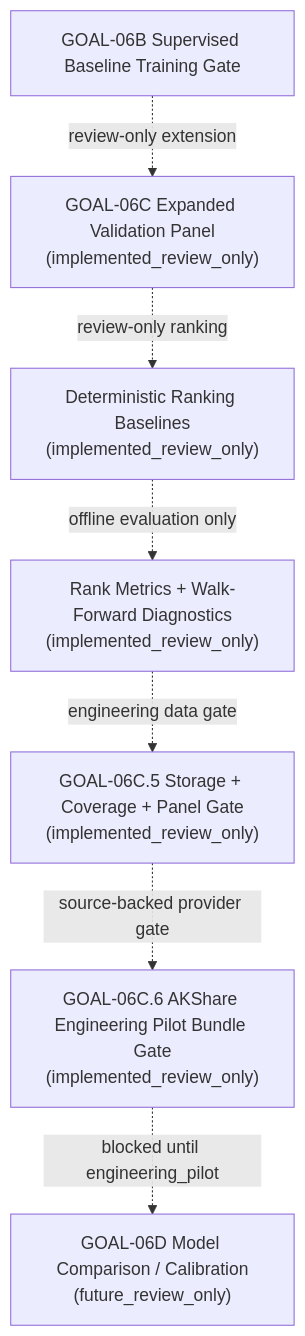
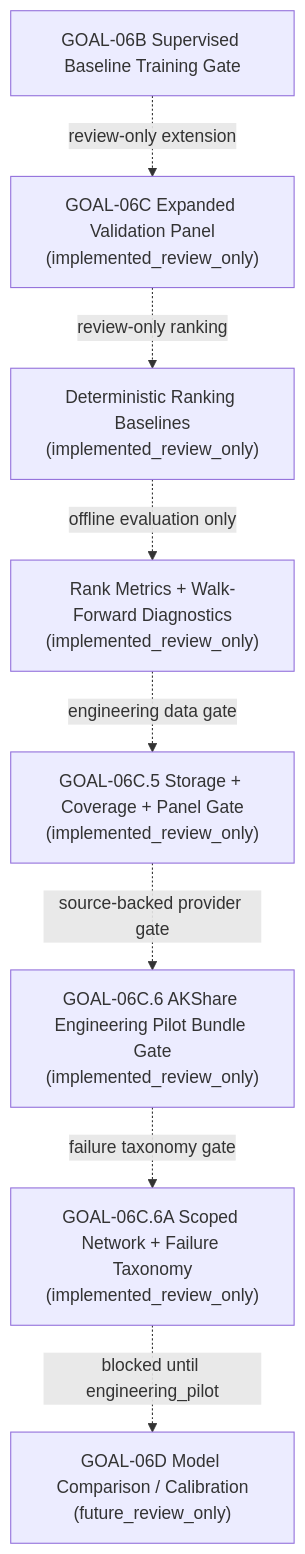
Before and after one commit to RyanLu0203/A_share_premarket_core: the second of 2 diagrams in README.md, drawn with Mermaid. The commit also changed other lines of this file and 46 other files, not shown here.

Commit message:
Add GOAL-06C.6A provider failure taxonomy

````diff
--- a/README.md
+++ b/README.md
@@ -69,9 +69,10 @@
 ```mermaid
 flowchart TD
     A["GOAL-06B Supervised Baseline Training Gate"] -. "review-only extension" .-> B["GOAL-06C Expanded Validation Panel<br/>(implemented_review_only)"]
     B -. "review-only ranking" .-> C["Deterministic Ranking Baselines<br/>(implemented_review_only)"]
     C -. "offline evaluation only" .-> D["Rank Metrics + Walk-Forward Diagnostics<br/>(implemented_review_only)"]
     D -. "engineering data gate" .-> E["GOAL-06C.5 Storage + Coverage + Panel Gate<br/>(implemented_review_only)"]
     E -. "source-backed provider gate" .-> G["GOAL-06C.6 AKShare Engineering Pilot Bundle Gate<br/>(implemented_review_only)"]
-    G -. "blocked until engineering_pilot" .-> F["GOAL-06D Model Comparison / Calibration<br/>(future_review_only)"]
+    G -. "failure taxonomy gate" .-> H["GOAL-06C.6A Scoped Network + Failure Taxonomy<br/>(implemented_review_only)"]
+    H -. "blocked until engineering_pilot" .-> F["GOAL-06D Model Comparison / Calibration<br/>(future_review_only)"]
 ```
````
